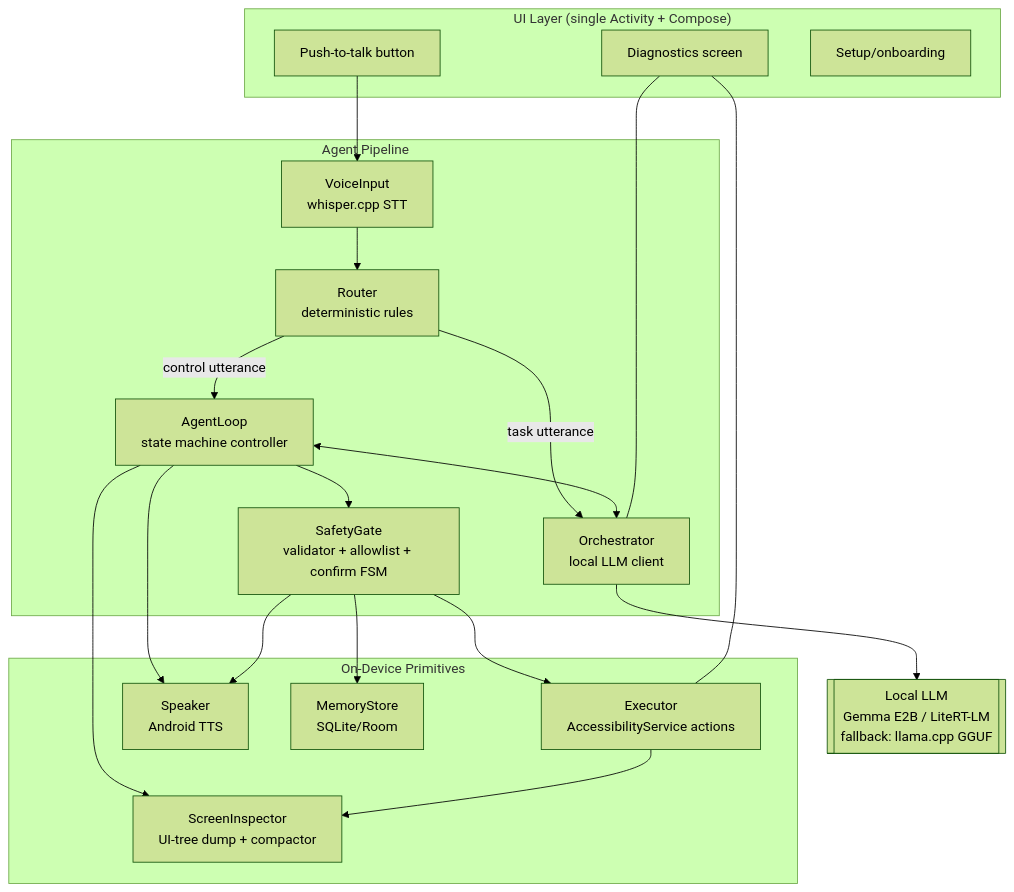
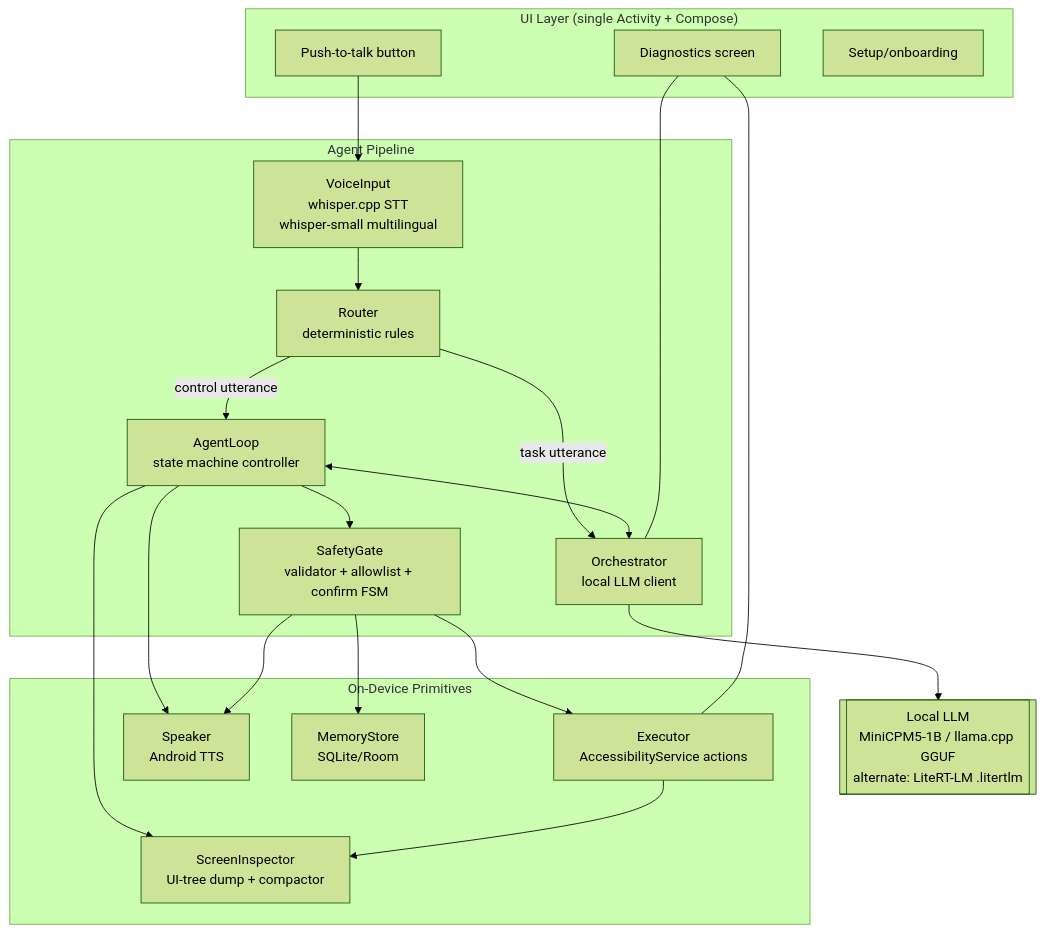
The first of 3 diagrams in spec/04-Architecture.md (Xrnozy/Alalay), drawn with Mermaid (forest theme) before and after one commit. The commit also changed 5443 other files, not shown here.

````diff
--- a/spec/04-Architecture.md
+++ b/spec/04-Architecture.md
@@ -12,40 +12,40 @@
 ```mermaid
 flowchart TB
     subgraph UI["UI Layer (single Activity + Compose)"]
         PTT[Push-to-talk button]
         DIAG[Diagnostics screen]
         SETUP[Setup/onboarding]
     end
 
     subgraph PIPE["Agent Pipeline"]
-        VIN[VoiceInput<br/>whisper.cpp STT]
+        VIN[VoiceInput<br/>whisper.cpp STT<br/>whisper-small multilingual]
         RTR[Router<br/>deterministic rules]
         ORC[Orchestrator<br/>local LLM client]
         VAL[SafetyGate<br/>validator + allowlist + confirm FSM]
         LOOP[AgentLoop<br/>state machine controller]
     end
 
     subgraph DEV["On-Device Primitives"]
         INSP[ScreenInspector<br/>UI-tree dump + compactor]
         EXEC[Executor<br/>AccessibilityService actions]
         SPK[Speaker<br/>Android TTS]
         MEM[MemoryStore<br/>SQLite/Room]
     end
 
-    LLM[[Local LLM<br/>Gemma E2B / LiteRT-LM<br/>fallback: llama.cpp GGUF]]
+    LLM[[Local LLM<br/>MiniCPM5-1B / llama.cpp GGUF<br/>alternate: LiteRT-LM .litertlm]]
 
     PTT --> VIN --> RTR
     RTR -->|control utterance| LOOP
     RTR -->|task utterance| ORC
     LOOP <--> ORC
     ORC --> LLM
     LOOP --> VAL
     VAL --> EXEC
     VAL --> MEM
     LOOP --> INSP
     EXEC --> INSP
     LOOP --> SPK
     VAL --> SPK
     DIAG --- ORC
     DIAG --- EXEC
 ```
````
